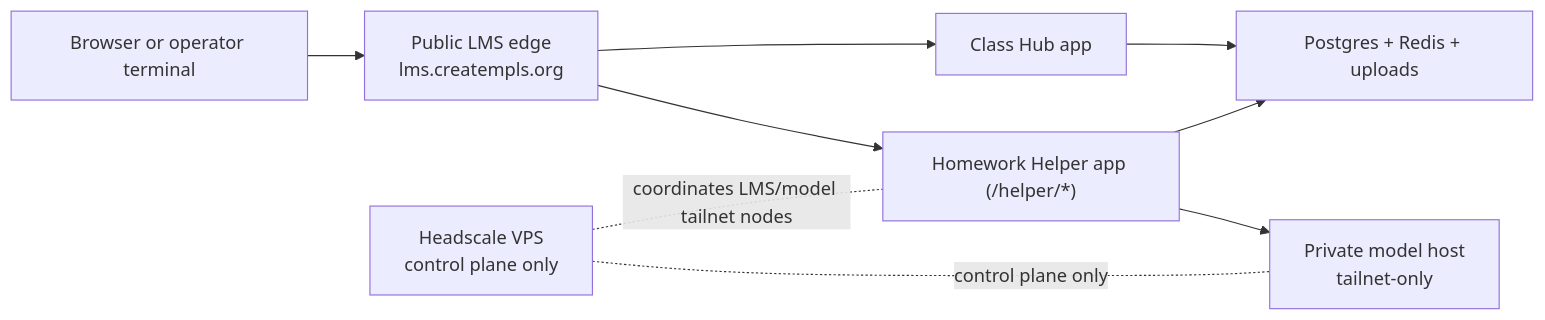
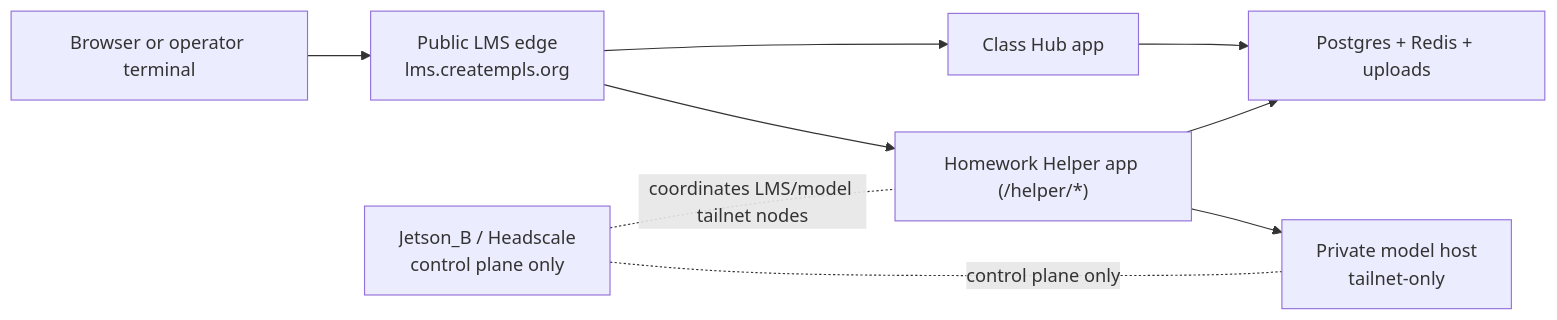
The diagram in README.md (bseverns/classhub), drawn with Mermaid before and after one commit. The commit also changed other lines of this file and 32 other files, not shown here.

Commit message:
Jetson-B headscale role

````diff
--- a/README.md
+++ b/README.md
@@ -48,19 +48,19 @@
 ```mermaid
 flowchart LR
   You["Browser or operator terminal"]
   Edge["Public LMS edge<br/>lms.creatempls.org"]
   Hub["Class Hub app"]
   Helper["Homework Helper app (/helper/*)"]
   Data["Postgres + Redis + uploads"]
   Model["Private model host<br/>tailnet-only"]
-  Control["Headscale VPS<br/>control plane only"]
+  Control["Jetson_B / Headscale<br/>control plane only"]
 
   You --> Edge
   Edge --> Hub
   Edge --> Helper
   Hub --> Data
   Helper --> Data
   Helper --> Model
   Control -. coordinates LMS/model tailnet nodes .- Helper
   Control -. control plane only .- Model
 ```
````
